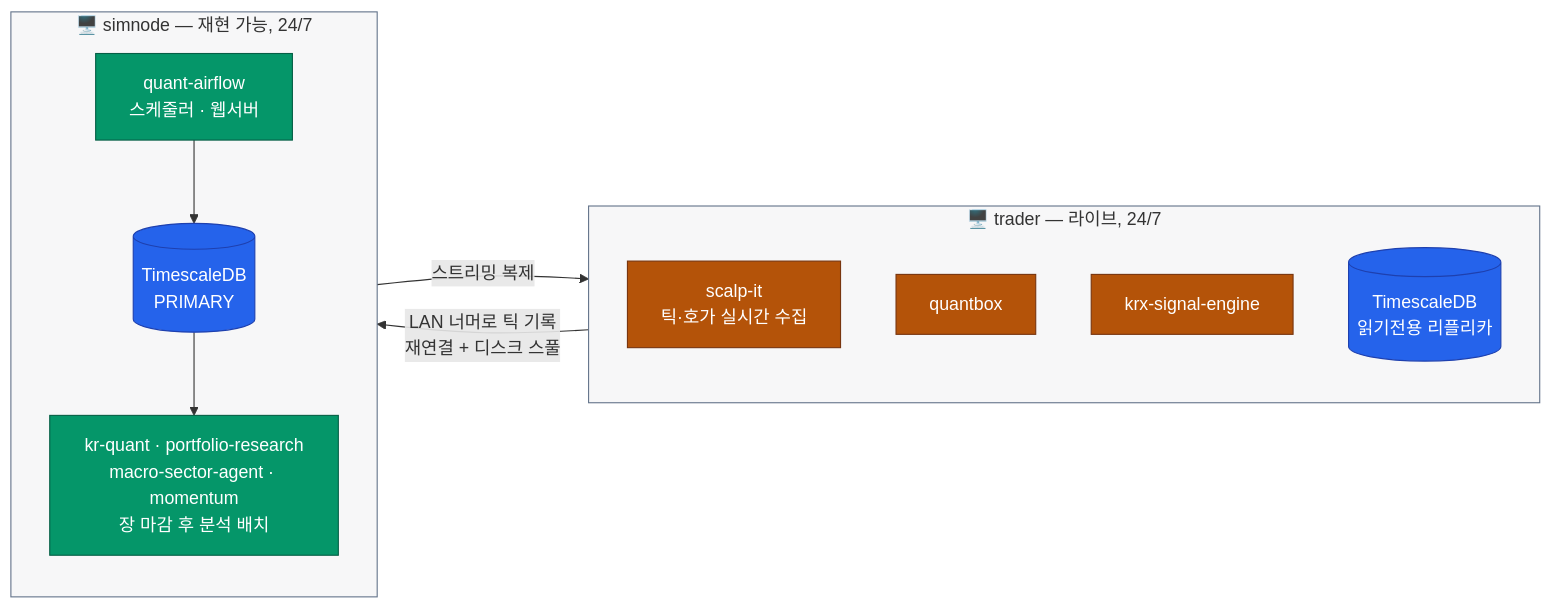
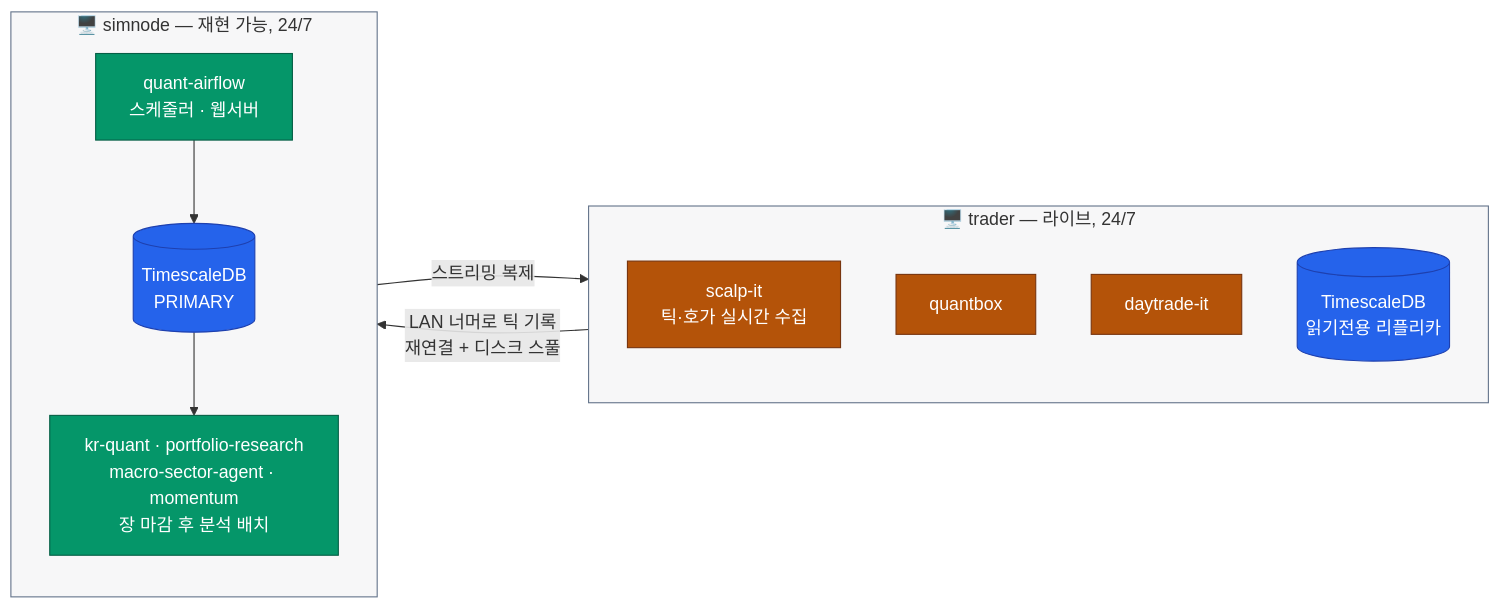
The second of 2 diagrams in README.ko.md (younghwan91/younghwan91), drawn with Mermaid before and after one commit. The commit also changed other lines of this file and 1 other file, not shown here.

First line of the commit message:
docs(readme): krx-signal-engine -> daytrade-it 개명 반영

````diff
--- a/README.ko.md
+++ b/README.ko.md
@@ -100,33 +100,33 @@
 ```mermaid
 flowchart LR
     subgraph T ["🖥️ trader — 라이브, 24/7"]
         direction TB
         SC["scalp-it<br/>틱·호가 실시간 수집"]
         QB["quantbox"]
-        KSE["krx-signal-engine"]
+        KSE["daytrade-it"]
         RP[("TimescaleDB<br/>읽기전용 리플리카")]
     end
 
     subgraph S ["🖥️ simnode — 재현 가능, 24/7"]
         direction TB
         AF["quant-airflow<br/>스케줄러 · 웹서버"]
         PR[("TimescaleDB<br/>PRIMARY")]
         RS["kr-quant · portfolio-research<br/>macro-sector-agent · momentum<br/>장 마감 후 분석 배치"]
     end
 
     SC -- "LAN 너머로 틱 기록<br/>재연결 + 디스크 스풀" --> PR
     AF --> PR
     PR -- "스트리밍 복제" --> RP
     PR --> RS
 
     classDef live fill:#B45309,stroke:#78350F,color:#FFFFFF
     classDef repro fill:#059669,stroke:#065F46,color:#FFFFFF
     classDef store fill:#2563EB,stroke:#1E40AF,color:#FFFFFF
 
     class SC,QB,KSE live
     class AF,RS repro
     class RP,PR store
 
     style T fill:#0F172A08,stroke:#64748B
     style S fill:#0F172A08,stroke:#64748B
 ```
````
